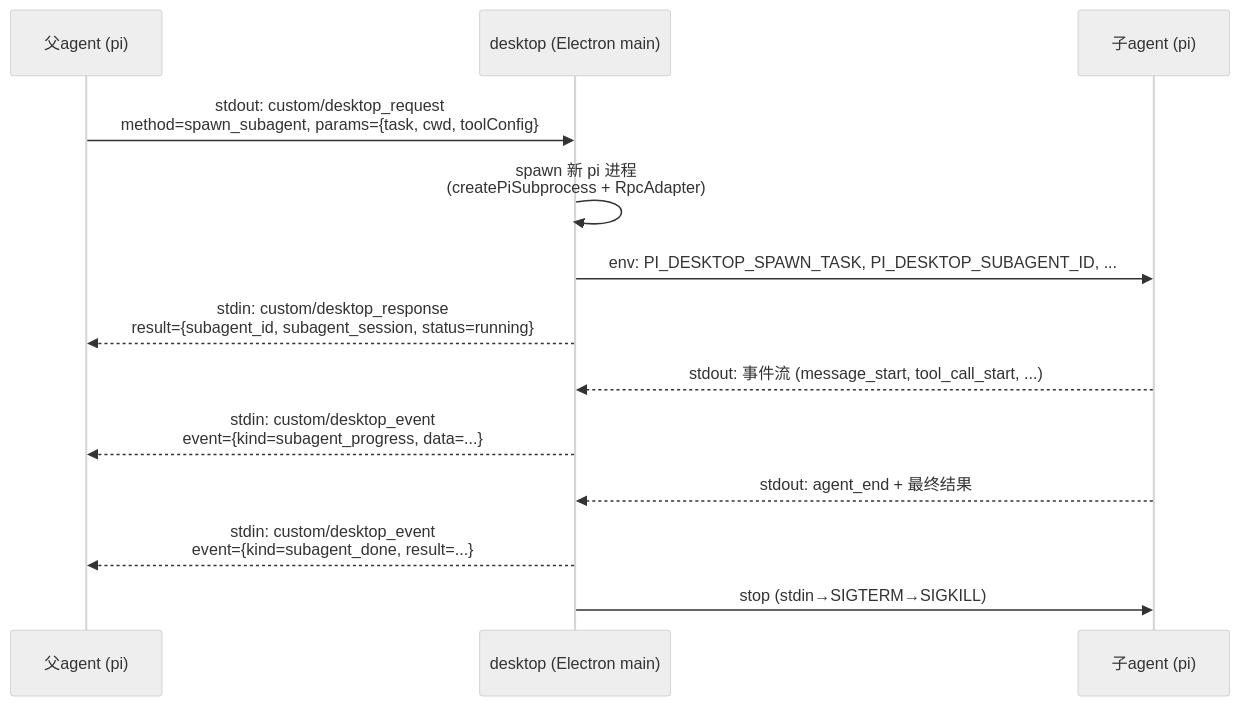
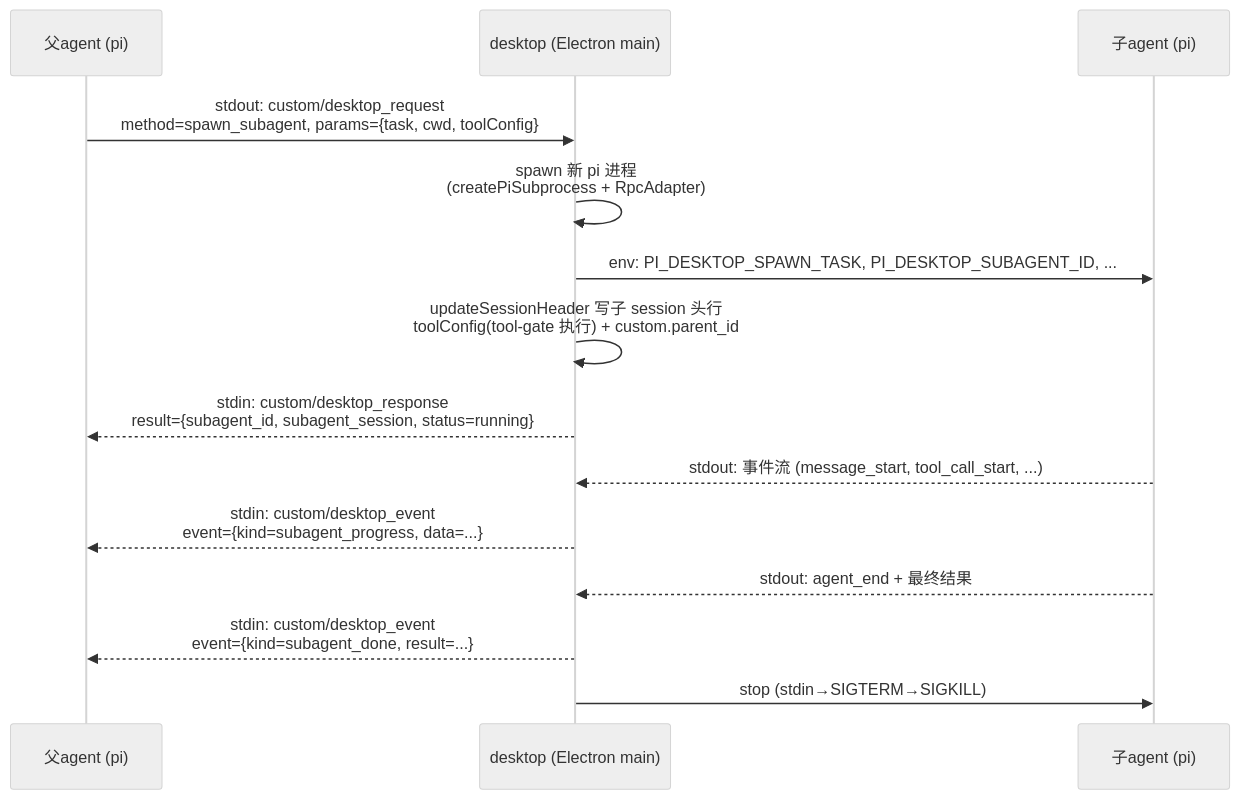
One commit to GOODDAYDAY/my-harness-desktop changed the first of 3 diagrams in docs/design/subagent-scheduling.md. Above: the diagram before and after it, drawn with Mermaid (neutral theme). The commit also changed other lines of this file, not shown here.

First line of the commit message:
docs(subagent): 调度设计按当前代码复核修订——缺口二已被 messageRenderers 填平,toolConfig 走头行 tool-gate

````diff
--- a/docs/design/subagent-scheduling.md
+++ b/docs/design/subagent-scheduling.md
@@ -158,19 +167,20 @@
 ```mermaid
 sequenceDiagram
     participant Agent as 父agent (pi)
     participant Desktop as desktop (Electron main)
     participant Sub as 子agent (pi)
 
     Agent->>Desktop: stdout: custom/desktop_request<br/>method=spawn_subagent, params={task, cwd, toolConfig}
     Desktop->>Desktop: spawn 新 pi 进程<br/>(createPiSubprocess + RpcAdapter)
     Desktop->>Sub: env: PI_DESKTOP_SPAWN_TASK, PI_DESKTOP_SUBAGENT_ID, ...
+    Desktop->>Desktop: updateSessionHeader 写子 session 头行<br/>toolConfig(tool-gate 执行) + custom.parent_id
     Desktop-->>Agent: stdin: custom/desktop_response<br/>result={subagent_id, subagent_session, status=running}
 
     Sub-->>Desktop: stdout: 事件流 (message_start, tool_call_start, ...)
     Desktop-->>Agent: stdin: custom/desktop_event<br/>event={kind=subagent_progress, data=...}
 
     Sub-->>Desktop: stdout: agent_end + 最终结果
     Desktop-->>Agent: stdin: custom/desktop_event<br/>event={kind=subagent_done, result=...}
 
     Desktop->>Sub: stop (stdin→SIGTERM→SIGKILL)
 ```
````
